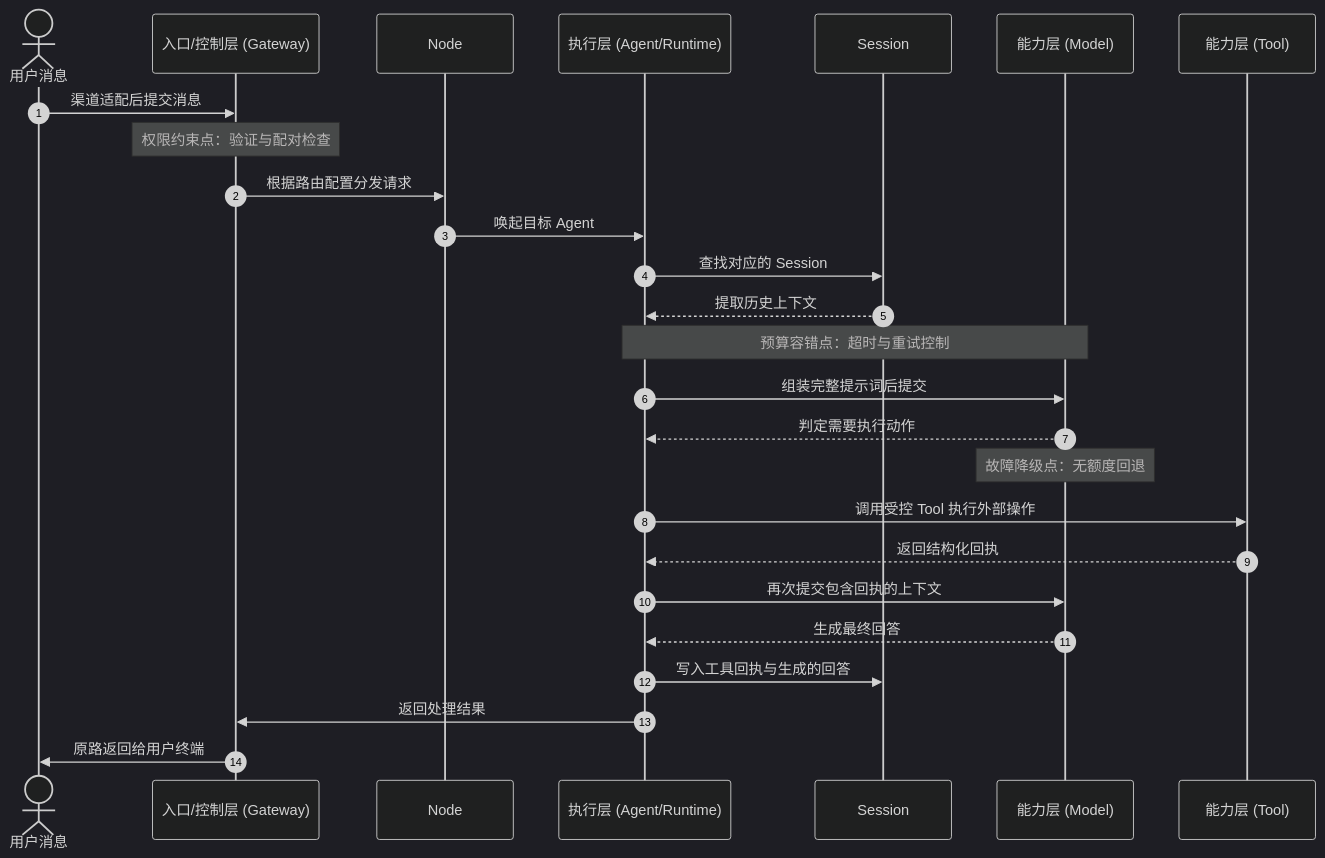
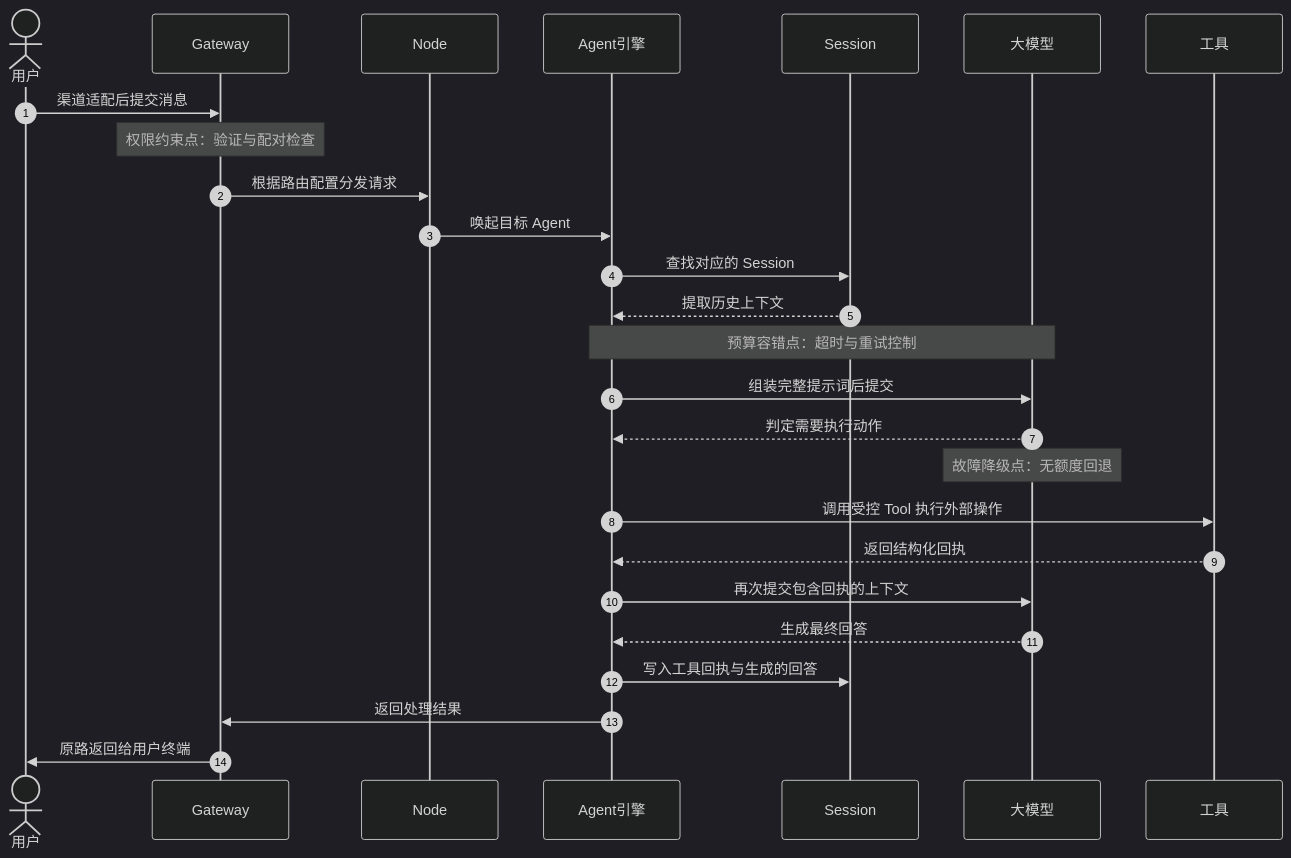
Before and after one commit to yeasy/openclaw_guide: the second of 2 diagrams in 01_overview/1.2_architecture.md, drawn with Mermaid (dark theme). The commit also changed other lines of this file and 40 other files, not shown here.

````diff
--- a/01_overview/1.2_architecture.md
+++ b/01_overview/1.2_architecture.md
@@ -77,29 +77,29 @@
 ```mermaid
 sequenceDiagram
     autonumber
-    actor User as 用户消息
-    participant Gateway as 入口/控制层 (Gateway)
+    actor User as 用户
+    participant Gateway
     participant Node
-    participant Agent as 执行层 (Agent/Runtime)
+    participant Agent as Agent引擎
     participant Session
-    participant Model as 能力层 (Model)
-    participant Tool as 能力层 (Tool)
+    participant Model as 大模型
+    participant Tool as 工具
 
     User->>Gateway: 渠道适配后提交消息
     Note over Gateway: 权限约束点：验证与配对检查
     Gateway->>Node: 根据路由配置分发请求
     Node->>Agent: 唤起目标 Agent
     Agent->>Session: 查找对应的 Session
     Session-->>Agent: 提取历史上下文
     Note over Agent,Model: 预算容错点：超时与重试控制
     Agent->>Model: 组装完整提示词后提交
     Model-->>Agent: 判定需要执行动作
     Note over Model: 故障降级点：无额度回退
     Agent->>Tool: 调用受控 Tool 执行外部操作
     Tool-->>Agent: 返回结构化回执
     Agent->>Model: 再次提交包含回执的上下文
     Model-->>Agent: 生成最终回答
     Agent->>Session: 写入工具回执与生成的回答
     Agent->>Gateway: 返回处理结果
     Gateway->>User: 原路返回给用户终端
 ```
````
